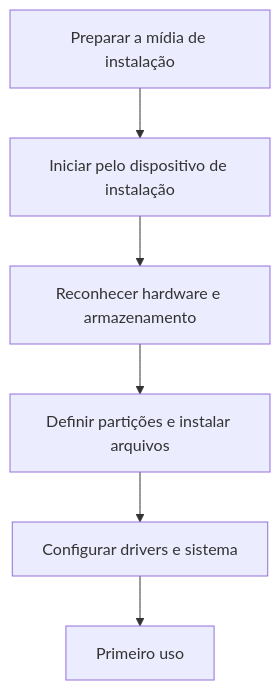
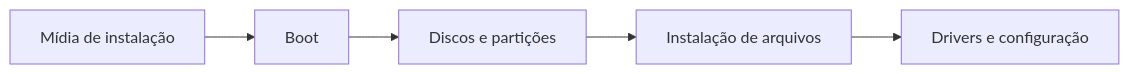
The diagram in Aula-4/README.md (theroven79-droid/SISTEMAS-OPERACIONAIS), drawn with Mermaid before and after one commit. The commit also changed other lines of this file, not shown here.

````diff
--- a/Aula-4/README.md
+++ b/Aula-4/README.md
@@ -84,8 +16,7 @@
 ```mermaid
-flowchart TD
-    A["Preparar a mídia de instalação"] --> B["Iniciar pelo dispositivo de instalação"]
-    B --> C["Reconhecer hardware e armazenamento"]
-    C --> D["Definir partições e instalar arquivos"]
-    D --> E["Configurar drivers e sistema"]
-    E --> F["Primeiro uso"]
+flowchart LR
+    A[Mídia de instalação] --> B[Boot]
+    B --> C[Discos e partições]
+    C --> D[Instalação de arquivos]
+    D --> E[Drivers e configuração]
 ```
````
